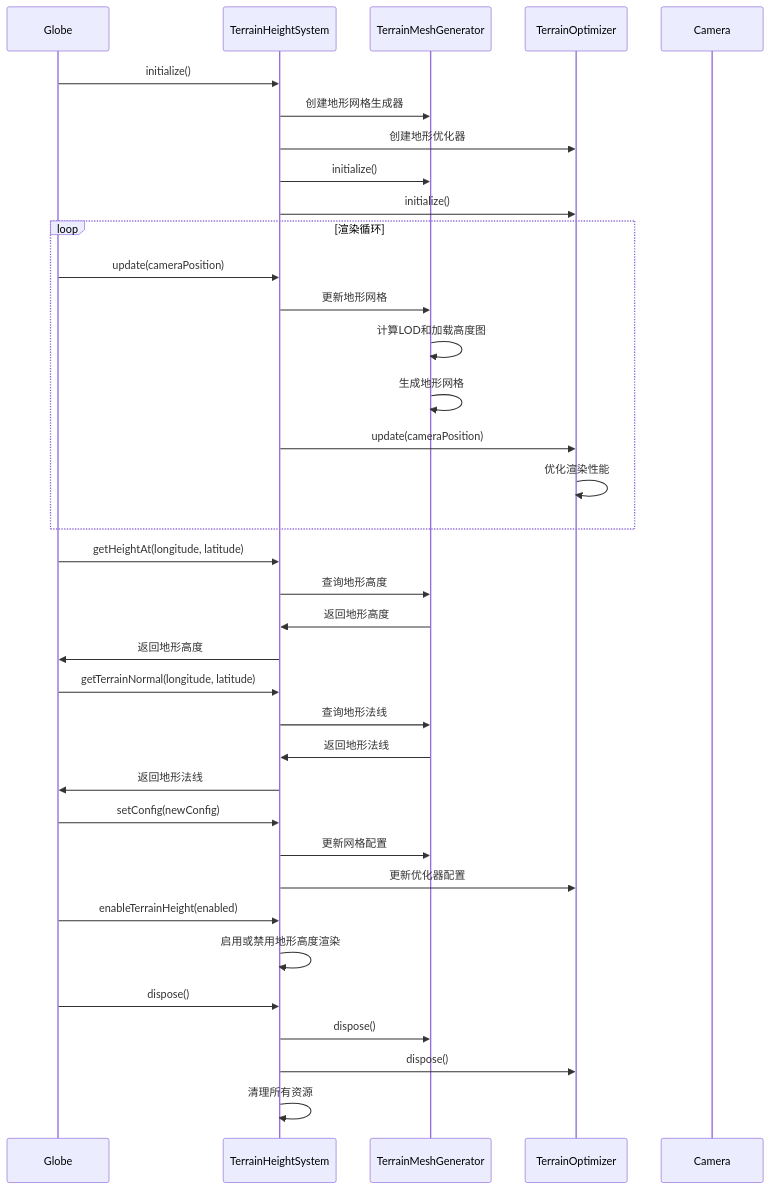
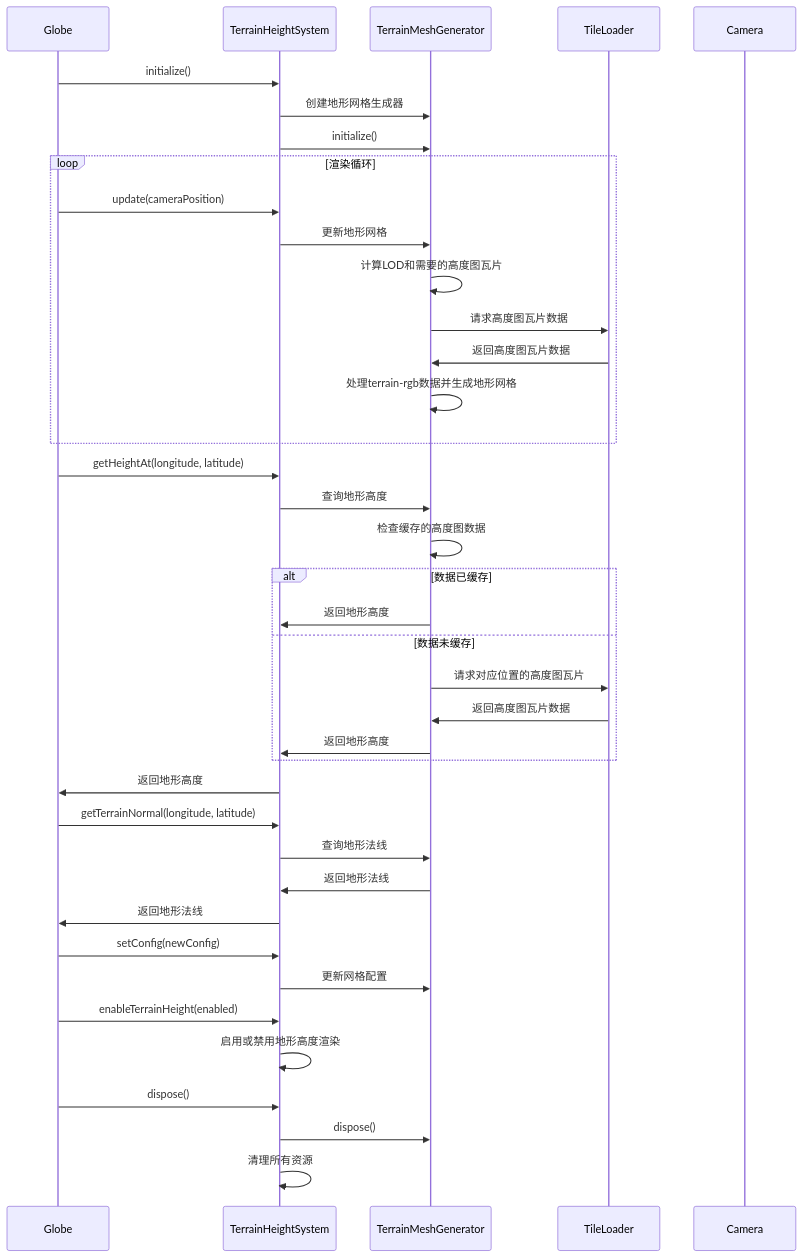
Before and after one commit to Zoranner/openearth: the third of 3 diagrams in docs/技术设计方案/01-详细设计/06-地形高度模块设计.md, drawn with Mermaid. The commit also changed other lines of this file and 10 other files, not shown here.

````diff
--- a/docs/技术设计方案/01-详细设计/06-地形高度模块设计.md
+++ b/docs/技术设计方案/01-详细设计/06-地形高度模块设计.md
@@ -219,45 +140,48 @@
 ```mermaid
 sequenceDiagram
     participant Globe
     participant TerrainHeightSystem
     participant TerrainMeshGenerator
-    participant TerrainOptimizer
+    participant TileLoader
     participant Camera
-    
+
     Globe->>TerrainHeightSystem: initialize()
     TerrainHeightSystem->>TerrainMeshGenerator: 创建地形网格生成器
-    TerrainHeightSystem->>TerrainOptimizer: 创建地形优化器
     TerrainHeightSystem->>TerrainMeshGenerator: initialize()
-    TerrainHeightSystem->>TerrainOptimizer: initialize()
-    
+
     loop 渲染循环
         Globe->>TerrainHeightSystem: update(cameraPosition)
         TerrainHeightSystem->>TerrainMeshGenerator: 更新地形网格
-        TerrainMeshGenerator->>TerrainMeshGenerator: 计算LOD和加载高度图
-        TerrainMeshGenerator->>TerrainMeshGenerator: 生成地形网格
-        TerrainHeightSystem->>TerrainOptimizer: update(cameraPosition)
-        TerrainOptimizer->>TerrainOptimizer: 优化渲染性能
+        TerrainMeshGenerator->>TerrainMeshGenerator: 计算LOD和需要的高度图瓦片
+        TerrainMeshGenerator->>TileLoader: 请求高度图瓦片数据
+        TileLoader->>TerrainMeshGenerator: 返回高度图瓦片数据
+        TerrainMeshGenerator->>TerrainMeshGenerator: 处理terrain-rgb数据并生成地形网格
     end
-    
+
     Globe->>TerrainHeightSystem: getHeightAt(longitude, latitude)
     TerrainHeightSystem->>TerrainMeshGenerator: 查询地形高度
-    TerrainMeshGenerator->>TerrainHeightSystem: 返回地形高度
+    TerrainMeshGenerator->>TerrainMeshGenerator: 检查缓存的高度图数据
+    alt 数据已缓存
+        TerrainMeshGenerator->>TerrainHeightSystem: 返回地形高度
+    else 数据未缓存
+        TerrainMeshGenerator->>TileLoader: 请求对应位置的高度图瓦片
+        TileLoader->>TerrainMeshGenerator: 返回高度图瓦片数据
+        TerrainMeshGenerator->>TerrainHeightSystem: 返回地形高度
+    end
     TerrainHeightSystem->>Globe: 返回地形高度
-    
+
     Globe->>TerrainHeightSystem: getTerrainNormal(longitude, latitude)
     TerrainHeightSystem->>TerrainMeshGenerator: 查询地形法线
     TerrainMeshGenerator->>TerrainHeightSystem: 返回地形法线
     TerrainHeightSystem->>Globe: 返回地形法线
-    
+
     Globe->>TerrainHeightSystem: setConfig(newConfig)
     TerrainHeightSystem->>TerrainMeshGenerator: 更新网格配置
-    TerrainHeightSystem->>TerrainOptimizer: 更新优化器配置
-    
+
     Globe->>TerrainHeightSystem: enableTerrainHeight(enabled)
     TerrainHeightSystem->>TerrainHeightSystem: 启用或禁用地形高度渲染
-    
+
     Globe->>TerrainHeightSystem: dispose()
     TerrainHeightSystem->>TerrainMeshGenerator: dispose()
-    TerrainHeightSystem->>TerrainOptimizer: dispose()
     TerrainHeightSystem->>TerrainHeightSystem: 清理所有资源
 ```
````
